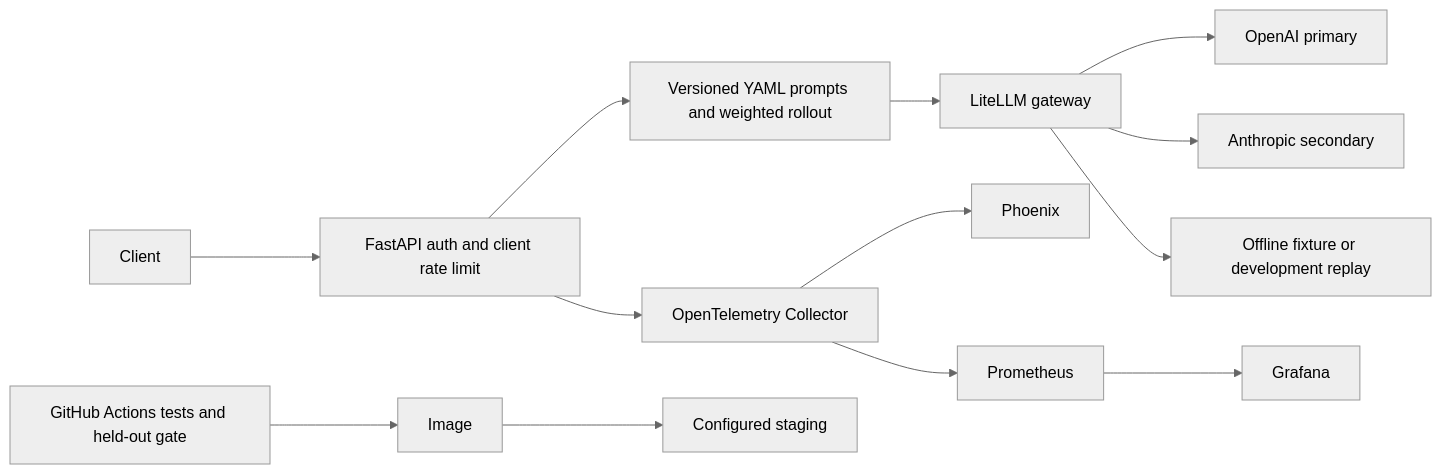
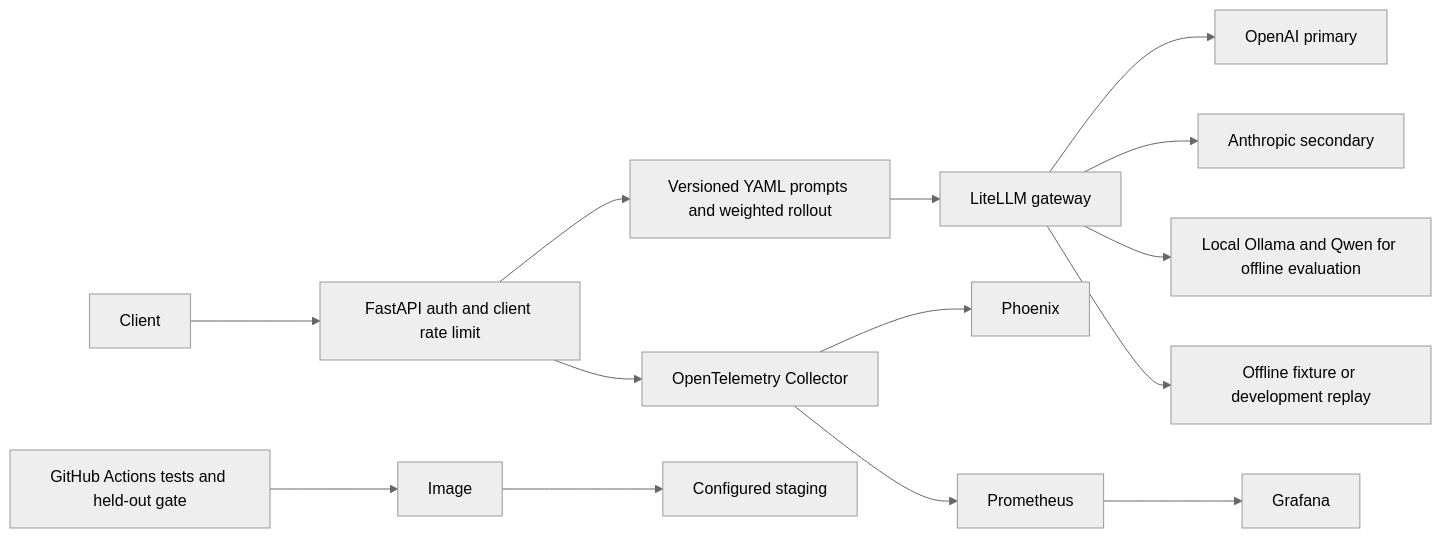
One commit to saicharanreddyamedapu/LLMops-Support-Ticket-Triage changed the diagram in README.md. Above: the diagram before and after it, drawn with Mermaid (neutral theme). The commit also changed other lines of this file and 38 other files, not shown here.

````diff
--- a/README.md
+++ b/README.md
@@ -29,13 +46,14 @@
 ```mermaid
 flowchart LR
     C[Client] --> A[FastAPI auth and client rate limit]
     A --> P[Versioned YAML prompts and weighted rollout]
     P --> G[LiteLLM gateway]
     G --> O[OpenAI primary]
     G --> H[Anthropic secondary]
+    G --> Q[Local Ollama and Qwen for offline evaluation]
     G --> F[Offline fixture or development replay]
     A --> T[OpenTelemetry Collector] --> X[Phoenix]
     T --> M[Prometheus] --> D[Grafana]
     CI[GitHub Actions tests and held-out gate] --> I[Image]
     I --> S[Configured staging]
 ```
````
